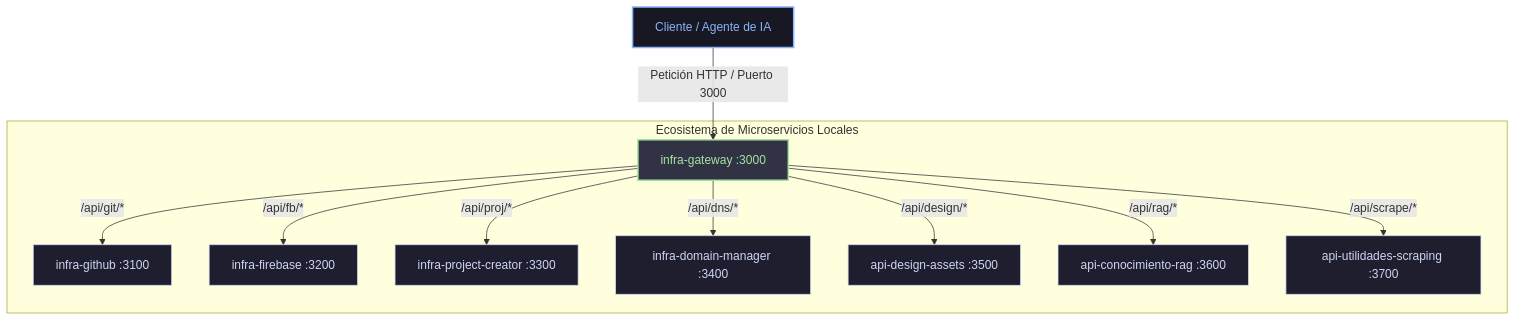
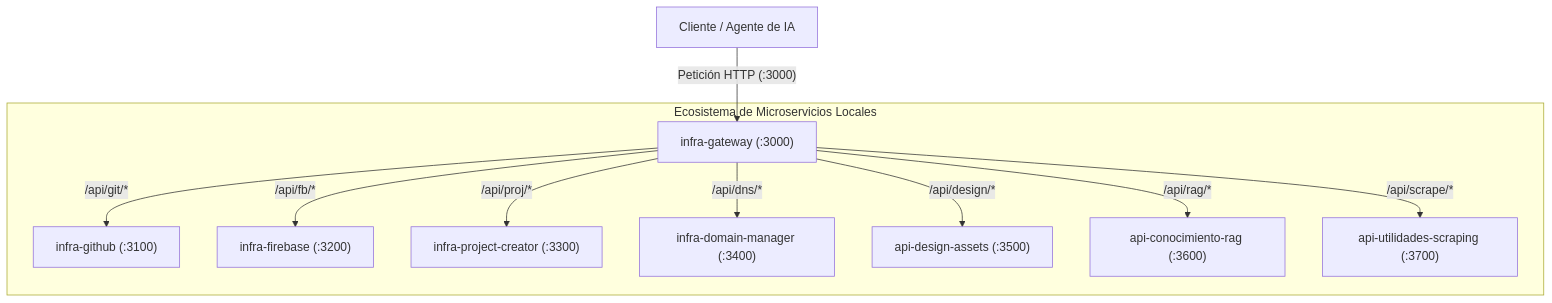
One commit to JoelJuana/ia-documentacion changed the diagram in src/docs/src/content/docs/infraestructura-local/introduccion.md. Above: the diagram before and after it, drawn with Mermaid. The commit also changed other lines of this file and 26 other files, not shown here.

Commit message:
feat(docs): renderizado SVG Mermaid, referencia financiera/editorial y auditoria automatica

````diff
--- a/src/docs/src/content/docs/infraestructura-local/introduccion.md
+++ b/src/docs/src/content/docs/infraestructura-local/introduccion.md
@@ -20,20 +20,14 @@
 ```mermaid
-graph TD
-    Client[Cliente / Agente de IA] -->|Petición HTTP / Puerto 3000| Gateway[infra-gateway :3000]
+flowchart TD
+    Client["Cliente / Agente de IA"] -->|"Petición HTTP (:3000)"| Gateway["infra-gateway (:3000)"]
     
-    subgraph IA_Infraestructura [Ecosistema de Microservicios Locales]
-        Gateway -->|/api/git/*| Git[infra-github :3100]
-        Gateway -->|/api/fb/*| FB[infra-firebase :3200]
-        Gateway -->|/api/proj/*| Proj[infra-project-creator :3300]
-        Gateway -->|/api/dns/*| DNS[infra-domain-manager :3400]
-        Gateway -->|/api/design/*| Design[api-design-assets :3500]
-        Gateway -->|/api/rag/*| RAG[api-conocimiento-rag :3600]
-        Gateway -->|/api/scrape/*| Scrape[api-utilidades-scraping :3700]
+    subgraph IA_Infraestructura ["Ecosistema de Microservicios Locales"]
+        Gateway -->|"/api/git/*"| Git["infra-github (:3100)"]
+        Gateway -->|"/api/fb/*"| FB["infra-firebase (:3200)"]
+        Gateway -->|"/api/proj/*"| Proj["infra-project-creator (:3300)"]
+        Gateway -->|"/api/dns/*"| DNS["infra-domain-manager (:3400)"]
+        Gateway -->|"/api/design/*"| Design["api-design-assets (:3500)"]
+        Gateway -->|"/api/rag/*"| RAG["api-conocimiento-rag (:3600)"]
+        Gateway -->|"/api/scrape/*"| Scrape["api-utilidades-scraping (:3700)"]
     end
-
-    classDef default fill:#1e1e2e,stroke:#cdd6f4,stroke-width:1px,color:#cdd6f4;
-    classDef gw fill:#313244,stroke:#a6e3a1,stroke-width:2px,color:#a6e3a1;
-    classDef client fill:#181825,stroke:#89b4fa,stroke-width:2px,color:#89b4fa;
-    class Gateway gw;
-    class Client client;
 ```
````
